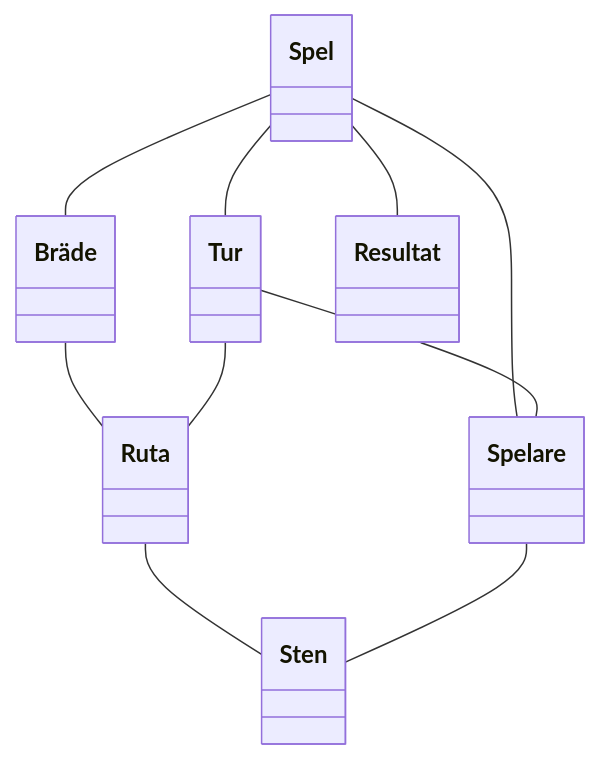
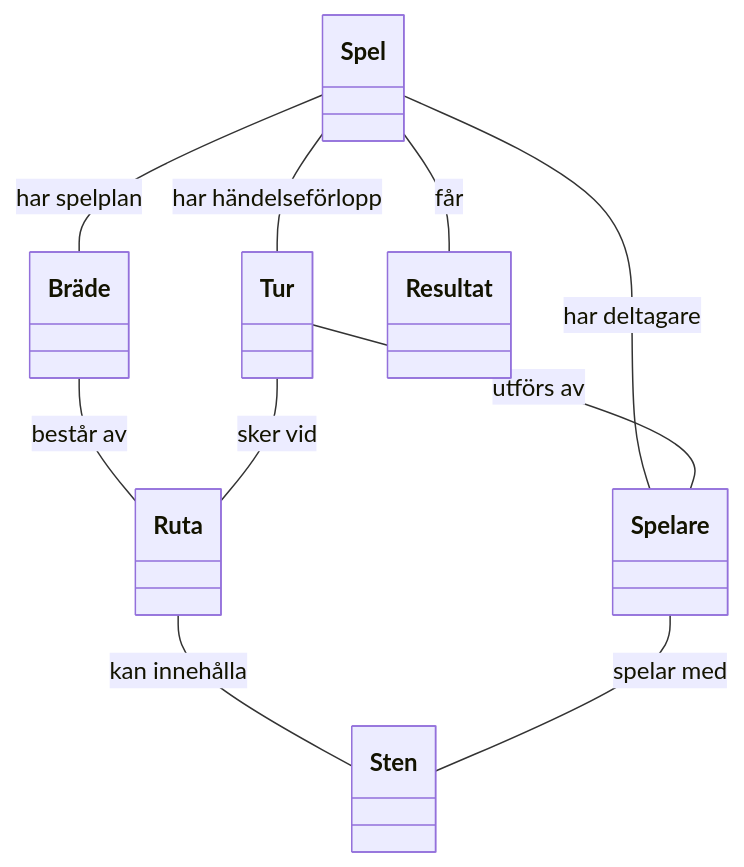
Before and after one commit to Jsambok11/gomoku-git: the diagram in aaa.md, drawn with Mermaid.

Commit message:
test of diagrams, v7, finishing diagram

````diff
--- a/aaa.md
+++ b/aaa.md
@@ -1,36 +1,36 @@
 ```mermaid
 classDiagram
     direction TB
 
     class Spel {
     }
 
     class Spelare {
     }
 
     class Bräde {
     }
 
     class Ruta {
     }
 
     class Sten {
     }
 
     class Tur {
     }
 
     class Resultat {
     }
 
     %% Relationer
-    Spel --  Spelare
-    Spel --  Bräde
-    Spel --  Tur
-    Spel --  Resultat
-    Bräde -- Ruta
-    Ruta -- Sten
-    Tur -- Spelare
-    Tur -- Ruta
-    Spelare -- Sten
+    Spel -- Spelare : har deltagare
+    Spel -- Bräde : har spelplan
+    Spel -- Tur : har händelseförlopp
+    Spel -- Resultat : får
+    Bräde -- Ruta : består av
+    Ruta -- Sten : kan innehålla
+    Tur -- Spelare : utförs av
+    Tur -- Ruta : sker vid
+    Spelare -- Sten : spelar med
 ```
````
